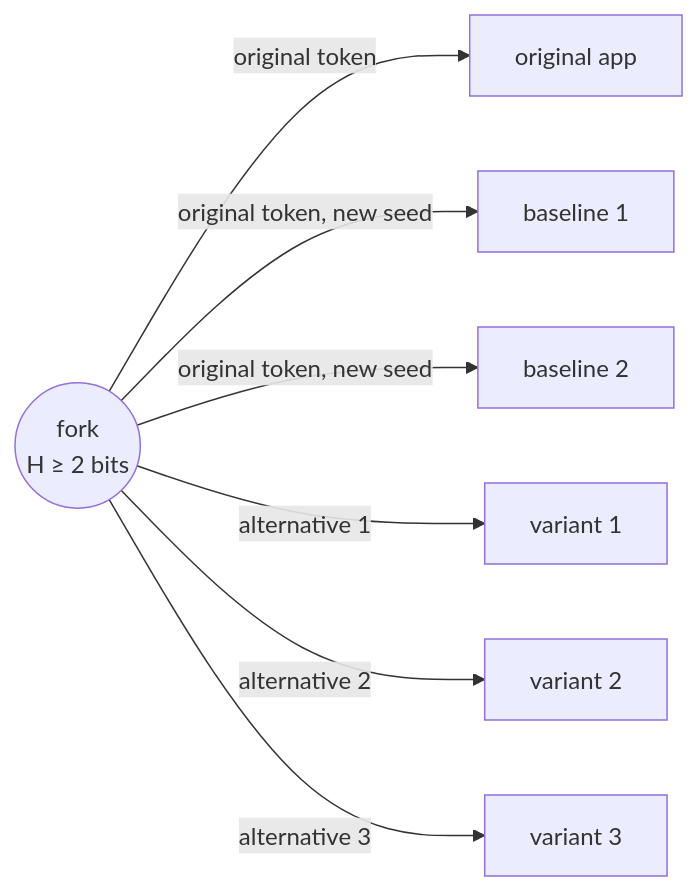
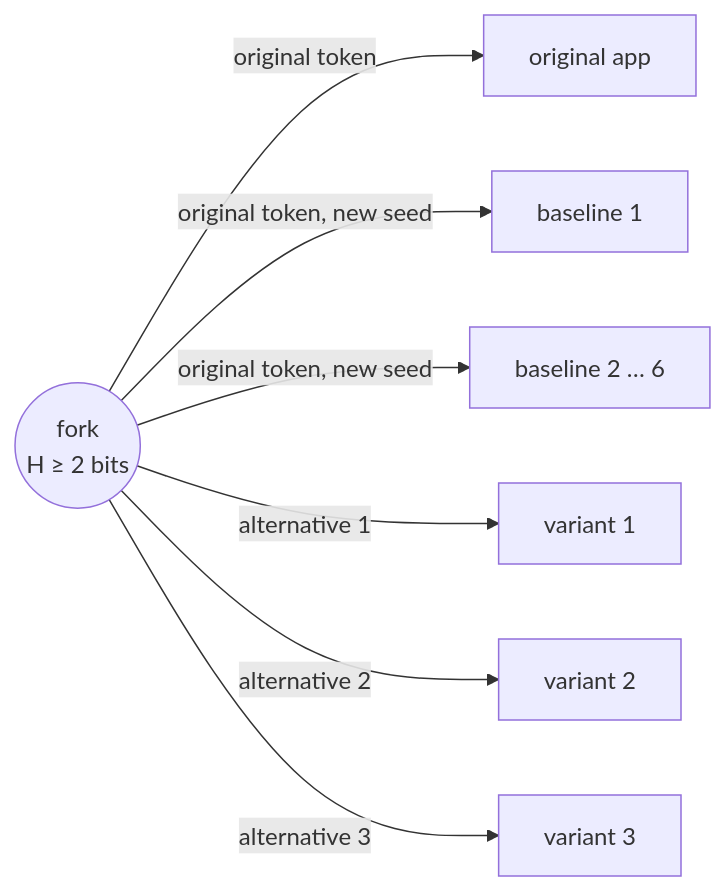
Before and after one commit to batmanvane/entropytrail: the second of 2 diagrams in README.md, drawn with Mermaid. The commit also changed other lines of this file and 6 other files, not shown here.

````diff
--- a/README.md
+++ b/README.md
@@ -65,9 +65,9 @@
 ```mermaid
 flowchart LR
     F(("fork<br/>H ≥ 2 bits")) -->|original token| A0["original app"]
     F -->|original token, new seed| B1["baseline 1"]
-    F -->|original token, new seed| B2["baseline 2"]
+    F -->|original token, new seed| B2["baseline 2 … 6"]
     F -->|alternative 1| C1["variant 1"]
     F -->|alternative 2| C2["variant 2"]
     F -->|alternative 3| C3["variant 3"]
 ```
````
